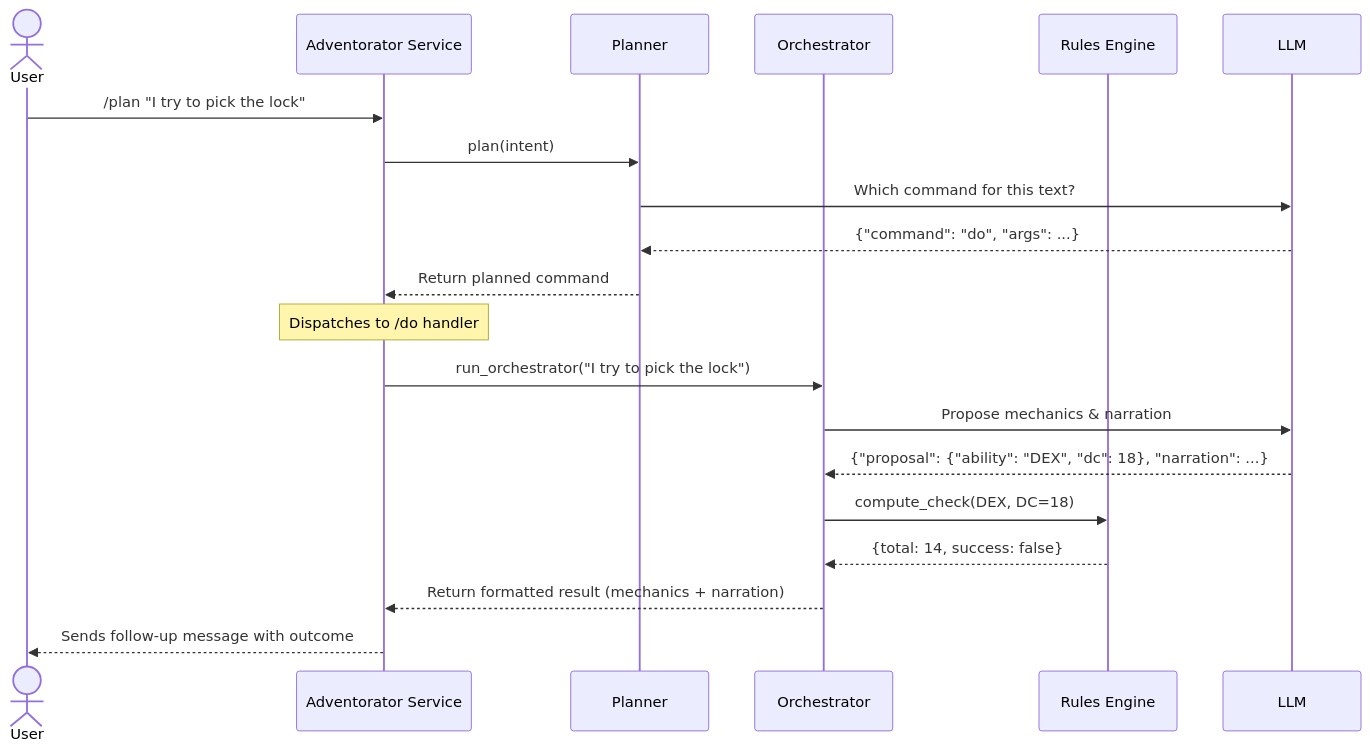
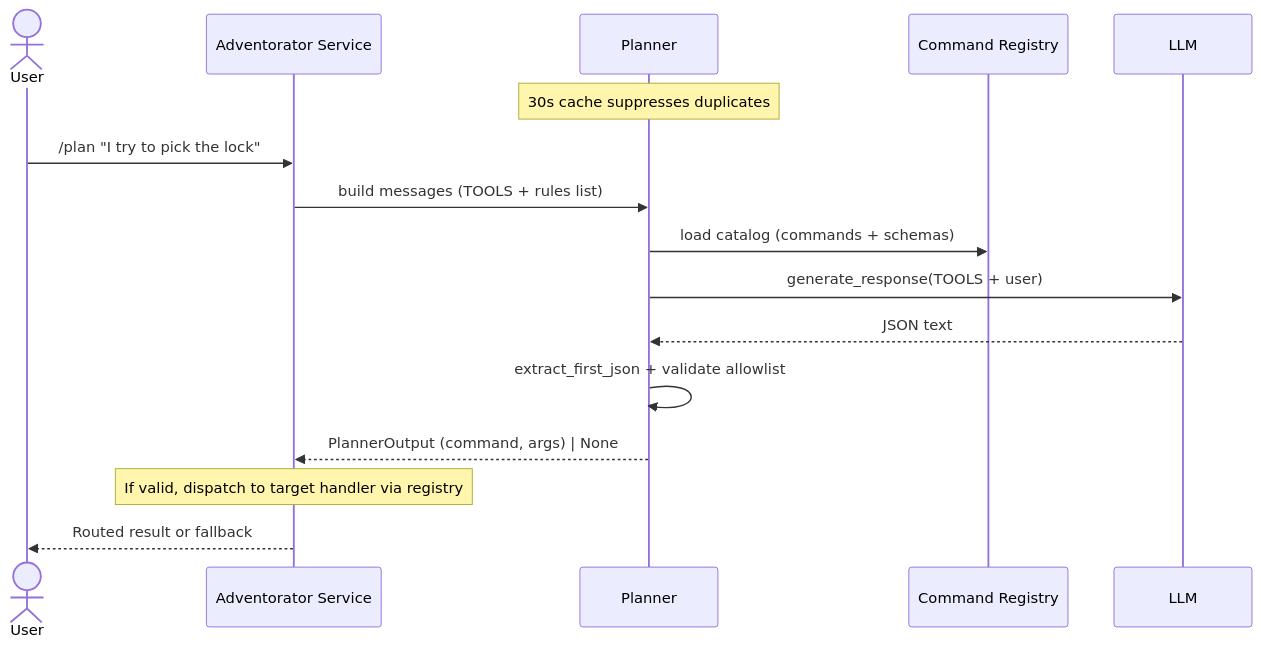
The second of 4 diagrams in README.md (crashtestbrandt/Adventorator), drawn with Mermaid before and after one commit. The commit also changed other lines of this file and 5 other files, not shown here.

````diff
--- a/README.md
+++ b/README.md
@@ -195,26 +219,22 @@
 ```mermaid
 sequenceDiagram
-    actor User
-    participant App as Adventorator Service
-    participant Planner
-    participant Orchestrator
-    participant RulesEngine as Rules Engine
-    participant LLM
+  actor User
+  participant App as Adventorator Service
+  participant Planner
+  participant Registry as Command Registry
+  participant LLM as LLM
+
+  Note over Planner: 30s cache suppresses duplicates
 
   User->>App: /plan "I try to pick the lock"
-    App->>Planner: plan(intent)
-    Planner->>LLM: Which command for this text?
-    LLM-->>Planner: {"command": "do", "args": ...}
-    Planner-->>App: Return planned command
-    
-    Note over App: Dispatches to /do handler
-    
-    App->>Orchestrator: run_orchestrator("I try to pick the lock")
-    Orchestrator->>LLM: Propose mechanics & narration
-    LLM-->>Orchestrator: {"proposal": {"ability": "DEX", "dc": 18}, "narration": ...}
-    Orchestrator->>RulesEngine: compute_check(DEX, DC=18)
-    RulesEngine-->>Orchestrator: {total: 14, success: false}
-    Orchestrator-->>App: Return formatted result (mechanics + narration)
-    
-    App-->>User: Sends follow-up message with outcome
+  App->>Planner: build messages (TOOLS + rules list)
+  Planner->>Registry: load catalog (commands + schemas)
+  Planner->>LLM: generate_response(TOOLS + user)
+  LLM-->>Planner: JSON text
+  Planner->>Planner: extract_first_json + validate allowlist
+  Planner-->>App: PlannerOutput (command, args) | None
+
+  Note over App: If valid, dispatch to target handler via registry
+
+  App-->>User: Routed result or fallback
 ```
````
